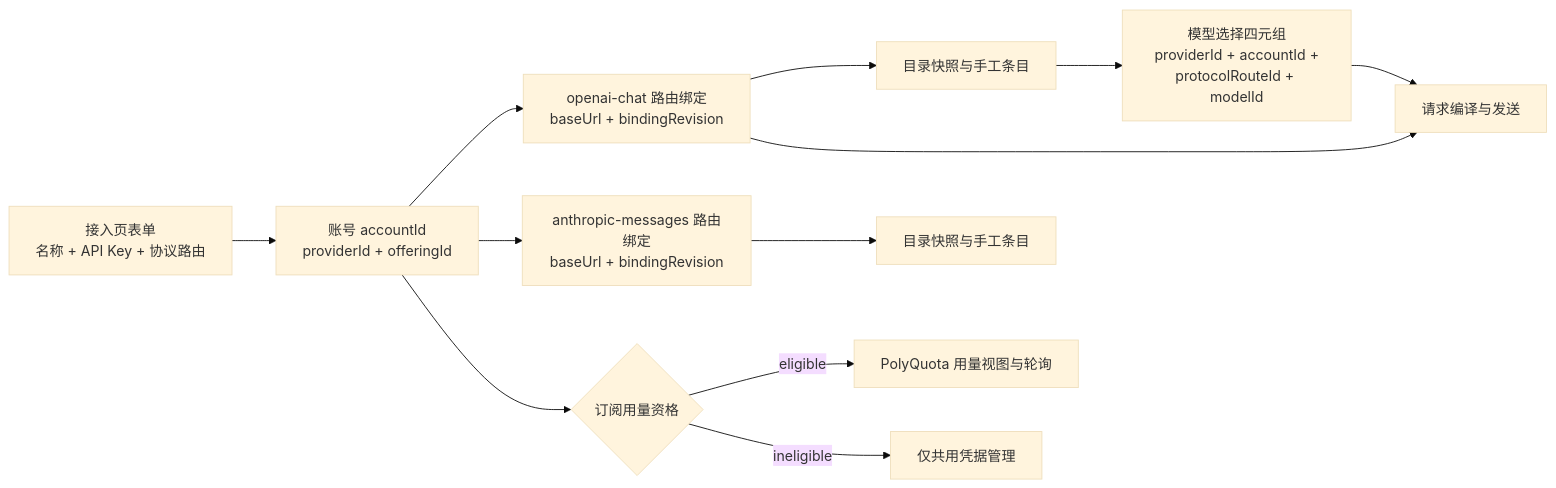
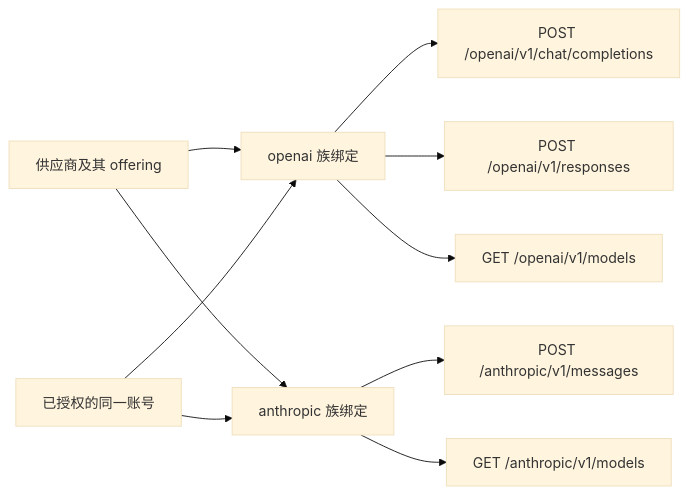
One commit to SwingCosmic/astra-conductor changed the diagram in docs/common/core/provider/connections-and-models.md. Above: the diagram before and after it, drawn with Mermaid (base theme). The commit also changed other lines of this file and 156 other files, not shown here.

````diff
--- a/docs/common/core/provider/connections-and-models.md
+++ b/docs/common/core/provider/connections-and-models.md
@@ -9,14 +24,12 @@
 ```mermaid
 flowchart LR
-  F["接入页表单<br/>名称 + API Key + 协议路由"] --> A["账号 accountId<br/>providerId + offeringId"]
-  A --> R1["openai-chat 路由绑定<br/>baseUrl + bindingRevision"]
-  A --> R2["anthropic-messages 路由绑定<br/>baseUrl + bindingRevision"]
-  R1 --> D1["目录快照与手工条目"]
-  R2 --> D2["目录快照与手工条目"]
-  D1 --> M["模型选择四元组<br/>providerId + accountId +<br/>protocolRouteId + modelId"]
-  M --> X["请求编译与发送"]
-  R1 --> X
-  A --> Q{"订阅用量资格"}
-  Q -->|eligible| P["PolyQuota 用量视图与轮询"]
-  Q -->|ineligible| S["仅共用凭据管理"]
+  P["供应商及其 offering"] --> O["openai 族绑定"]
+  P --> A["anthropic 族绑定"]
+  U["已授权的同一账号"] --> O
+  U --> A
+  O --> OC["POST /openai/v1/chat/completions"]
+  O --> OR["POST /openai/v1/responses"]
+  O --> OM["GET /openai/v1/models"]
+  A --> AM["POST /anthropic/v1/messages"]
+  A --> AL["GET /anthropic/v1/models"]
 ```
````
